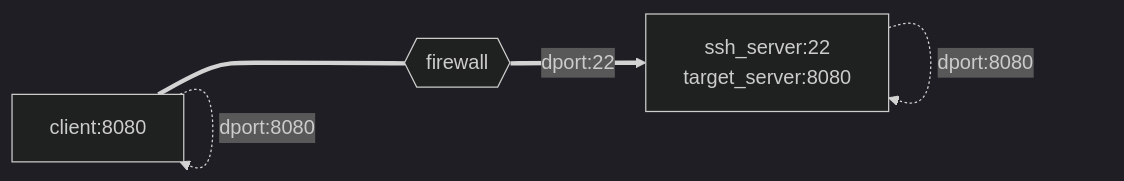
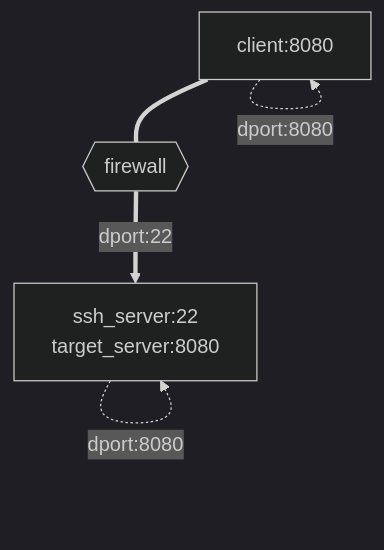
The fourth of 6 diagrams in markdown/diagrams.md (myseq/notes), drawn with Mermaid (dark theme) before and after one commit.

````diff
--- a/markdown/diagrams.md
+++ b/markdown/diagrams.md
@@ -25,12 +25,12 @@
 ```mermaid
-graph LR
+graph TD
     client[client:8080]
     firewall{{firewall}}
     ssh_svr["ssh_server:22
              target_server:8080"]
     
     client -.-> |dport:8080| client
-    client ==== firewall ==> |dport:22| ssh_svr
+    client === firewall ==> |dport:22| ssh_svr
     ssh_svr -.-> |dport:8080| ssh_svr
 
 ```
````
